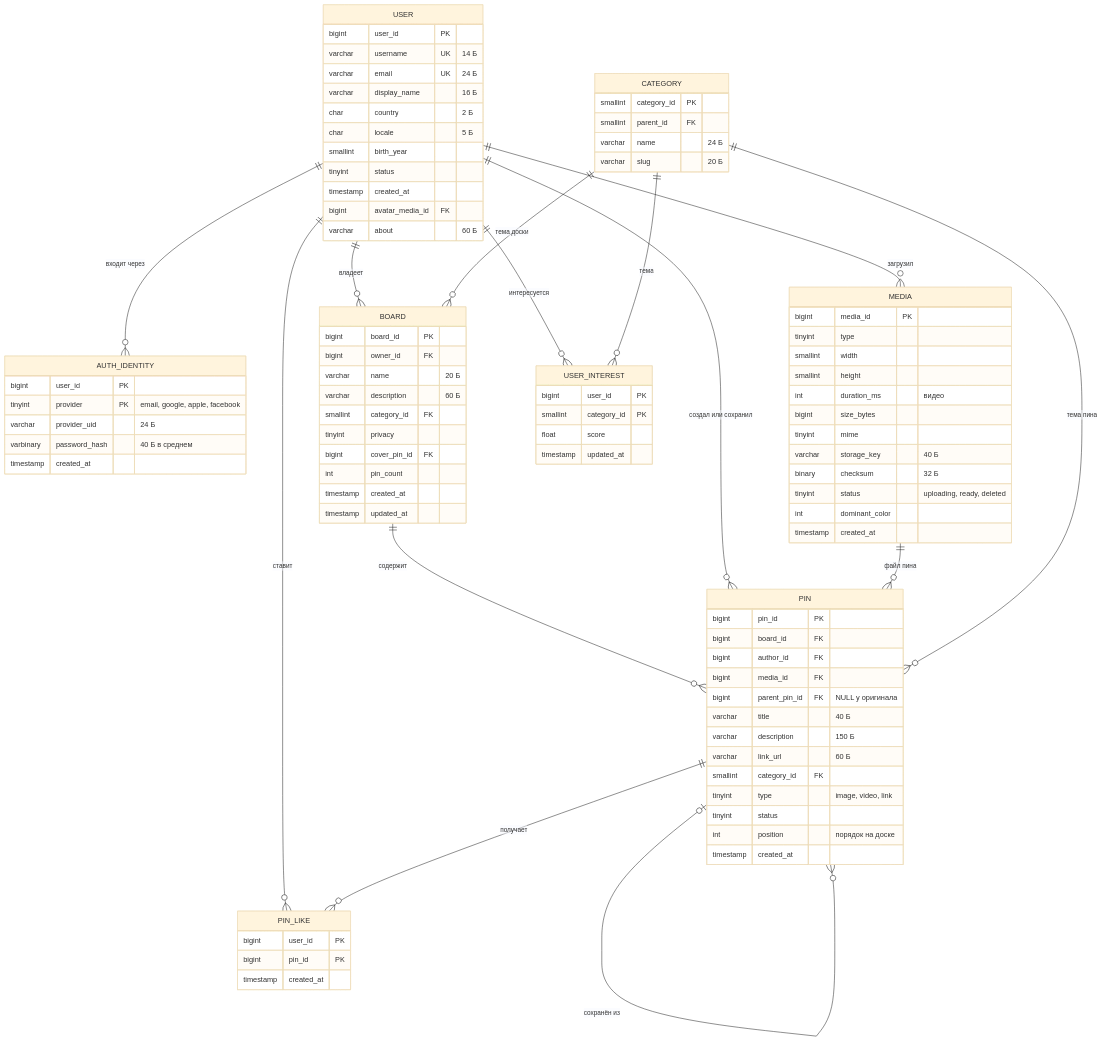
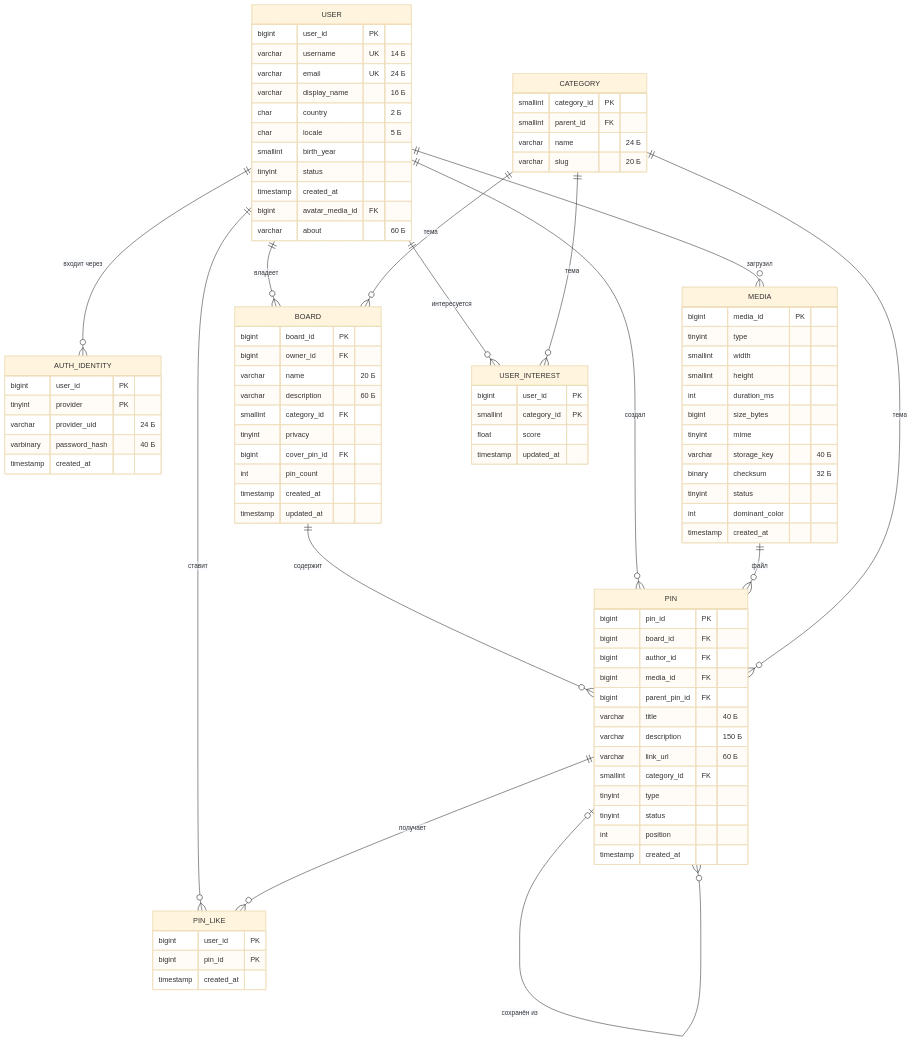
The fourth of 7 diagrams in README.md (TOOSTEER/Highload_TechnoPark), drawn with Mermaid (base theme) before and after one commit. The commit also changed other lines of this file, not shown here.

```diff
--- a/README.md
+++ b/README.md
@@ -415,14 +338,14 @@
     USER ||--o{ AUTH_IDENTITY : "входит через"
     USER ||--o{ BOARD : "владеет"
     BOARD ||--o{ PIN : "содержит"
-    USER ||--o{ PIN : "создал или сохранил"
+    USER ||--o{ PIN : "создал"
     PIN |o--o{ PIN : "сохранён из"
     USER ||--o{ MEDIA : "загрузил"
-    MEDIA ||--o{ PIN : "файл пина"
+    MEDIA ||--o{ PIN : "файл"
     USER ||--o{ PIN_LIKE : "ставит"
     PIN ||--o{ PIN_LIKE : "получает"
-    CATEGORY ||--o{ BOARD : "тема доски"
-    CATEGORY ||--o{ PIN : "тема пина"
+    CATEGORY ||--o{ BOARD : "тема"
+    CATEGORY ||--o{ PIN : "тема"
     USER ||--o{ USER_INTEREST : "интересуется"
     CATEGORY ||--o{ USER_INTEREST : "тема"
 
@@ -441,9 +364,9 @@
     }
     AUTH_IDENTITY {
         bigint user_id PK
-        tinyint provider PK "email, google, apple, facebook"
+        tinyint provider PK
         varchar provider_uid "24 Б"
-        varbinary password_hash "40 Б в среднем"
+        varbinary password_hash "40 Б"
         timestamp created_at
     }
     BOARD {
@@ -463,14 +386,14 @@
         bigint board_id FK
         bigint author_id FK
         bigint media_id FK
-        bigint parent_pin_id FK "NULL у оригинала"
+        bigint parent_pin_id FK
         varchar title "40 Б"
         varchar description "150 Б"
         varchar link_url "60 Б"
         smallint category_id FK
-        tinyint type "image, video, link"
+        tinyint type
         tinyint status
-        int position "порядок на доске"
+        int position
         timestamp created_at
     }
     MEDIA {
@@ -478,12 +401,12 @@
         tinyint type
         smallint width
         smallint height
-        int duration_ms "видео"
+        int duration_ms
         bigint size_bytes
         tinyint mime
         varchar storage_key "40 Б"
         binary checksum "32 Б"
-        tinyint status "uploading, ready, deleted"
+        tinyint status
         int dominant_color
         timestamp created_at
     }
```
